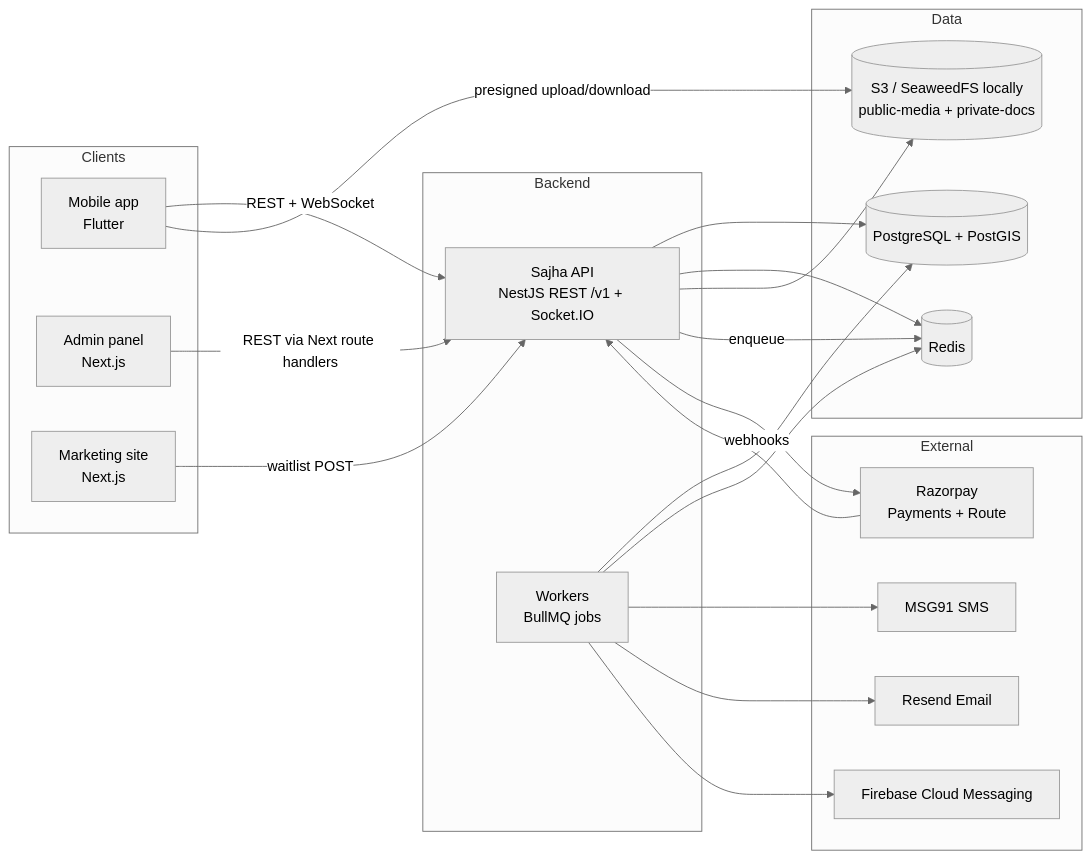
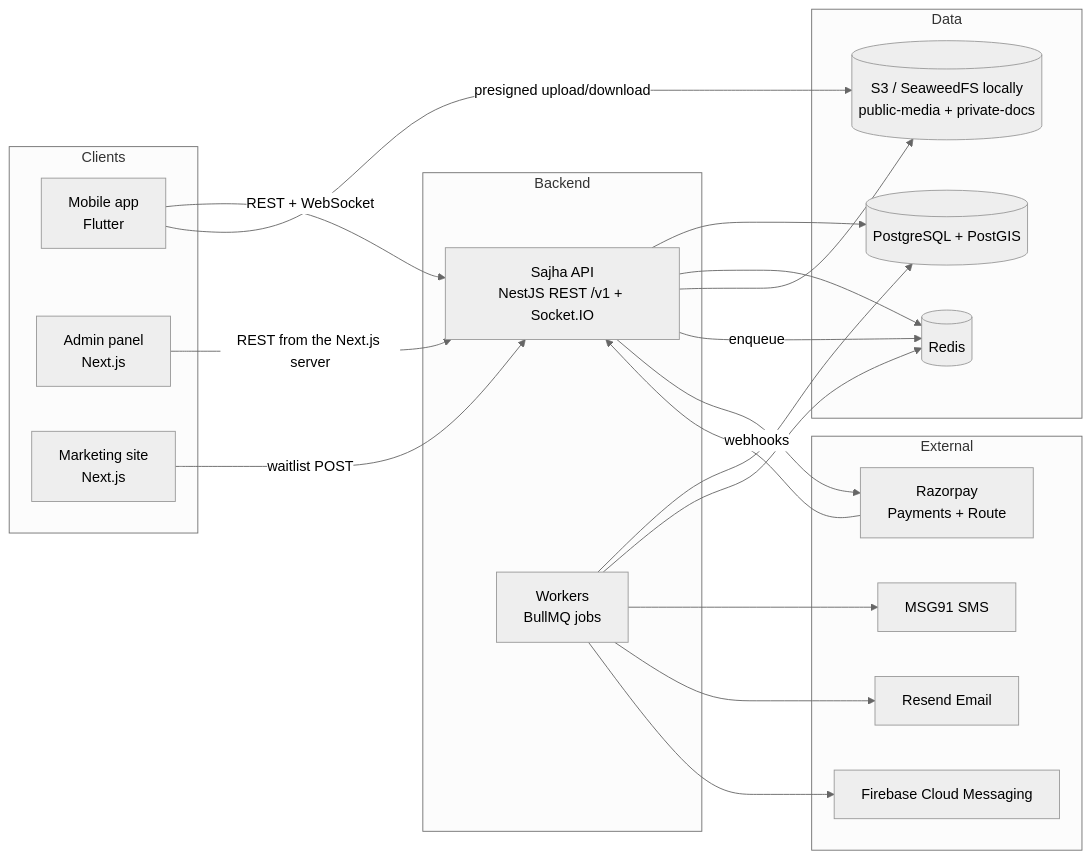
One commit to Jitesh60/nivra changed the first of 7 diagrams in docs/ARCHITECTURE.md. Above: the diagram before and after it, drawn with Mermaid (neutral theme). The commit also changed other lines of this file and 58 other files, not shown here.

````diff
--- a/docs/ARCHITECTURE.md
+++ b/docs/ARCHITECTURE.md
@@ -9,42 +9,42 @@
 ```mermaid
 flowchart LR
   subgraph Clients
     M[Mobile app<br/>Flutter]
     A[Admin panel<br/>Next.js]
     W[Marketing site<br/>Next.js]
   end
 
   subgraph Backend
     API[Sajha API<br/>NestJS REST /v1 + Socket.IO]
     WK[Workers<br/>BullMQ jobs]
   end
 
   subgraph Data
     PG[(PostgreSQL + PostGIS)]
     RD[(Redis)]
     S3[(S3 / SeaweedFS locally<br/>public-media + private-docs)]
   end
 
   subgraph External
     RZ[Razorpay<br/>Payments + Route]
     SMS[MSG91 SMS]
     EM[Resend Email]
     FCM[Firebase Cloud Messaging]
   end
 
   M -- REST + WebSocket --> API
-  A -- REST via Next route handlers --> API
+  A -- REST from the Next.js server --> API
   W -- waitlist POST --> API
   API --> PG
   API --> RD
   API --> S3
   WK --> PG
   WK --> RD
   API -- enqueue --> RD
   API --> RZ
   RZ -- webhooks --> API
   WK --> SMS
   WK --> EM
   WK --> FCM
   M -- presigned upload/download --> S3
 ```
````
